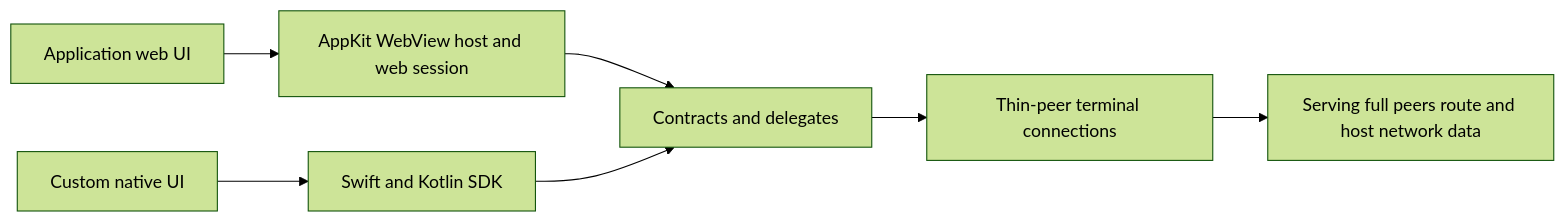
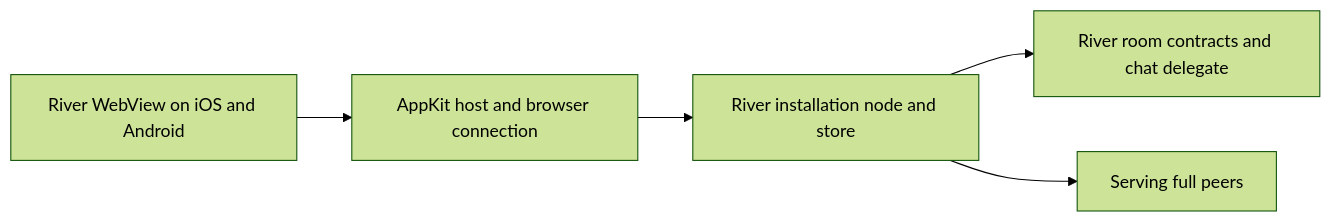
The first of 2 diagrams in README.md (EVY-Platform/evy-freenet-plans), drawn with Mermaid (forest theme) before and after one commit. The commit also changed other lines of this file and 35 other files, not shown here.

````diff
--- a/README.md
+++ b/README.md
@@ -25,9 +25,7 @@
 ```mermaid
 flowchart LR
-    Web[Application web UI] --> Host[AppKit WebView host and web session]
-    Native[Custom native UI] --> SDK[Swift and Kotlin SDK]
-    Host --> Core[Contracts and delegates]
-    SDK --> Core
-    Core --> Thin[Thin-peer terminal connections]
-    Thin --> Full[Serving full peers route and host network data]
+    River[River WebView on iOS and Android] --> Host[AppKit host and browser connection]
+    Host --> Node[River installation node and store]
+    Node --> Data[River room contracts and chat delegate]
+    Node --> Full[Serving full peers]
 ```
````
